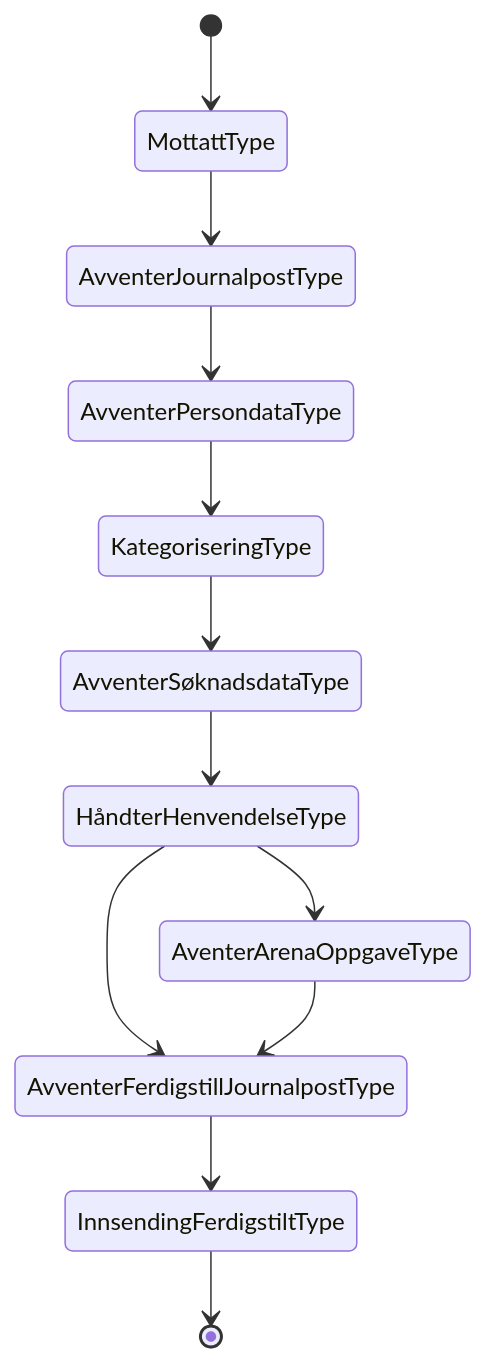
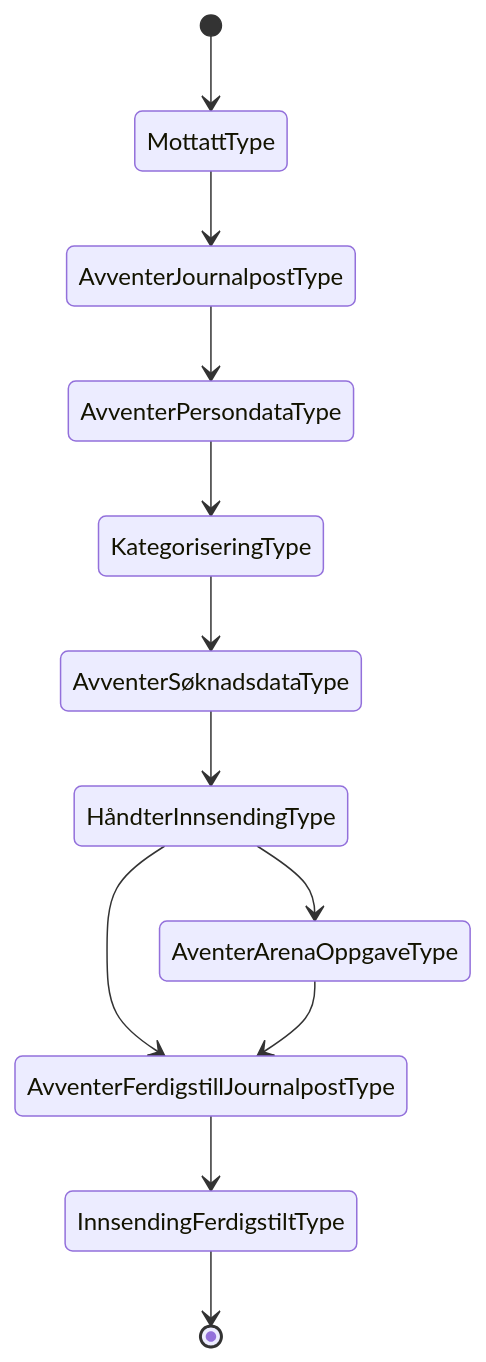
One commit to navikt/dp-mottak changed the diagram in docs/arkitektur/tilstander/NAVe 04-01.03.approved.md. Above: the diagram before and after it, drawn with Mermaid. The commit also changed 24 other files, not shown here.

````diff
--- a/docs/arkitektur/tilstander/NAVe 04-01.03.approved.md
+++ b/docs/arkitektur/tilstander/NAVe 04-01.03.approved.md
@@ -3,14 +3,14 @@
 ```mermaid
    stateDiagram
    [*]-->MottattType
    	MottattType --> AvventerJournalpostType
 	AvventerJournalpostType --> AvventerPersondataType
 	AvventerPersondataType --> KategoriseringType
 	KategoriseringType --> AvventerSøknadsdataType
-	AvventerSøknadsdataType --> HåndterHenvendelseType
-    HåndterHenvendelseType --> AventerArenaOppgaveType
-    HåndterHenvendelseType --> AvventerFerdigstillJournalpostType
+	AvventerSøknadsdataType --> HåndterInnsendingType
+    HåndterInnsendingType --> AventerArenaOppgaveType
+    HåndterInnsendingType --> AvventerFerdigstillJournalpostType
 	AventerArenaOppgaveType --> AvventerFerdigstillJournalpostType
 	AvventerFerdigstillJournalpostType --> InnsendingFerdigstiltType
    InnsendingFerdigstiltType--> [*]    
 ```
````
